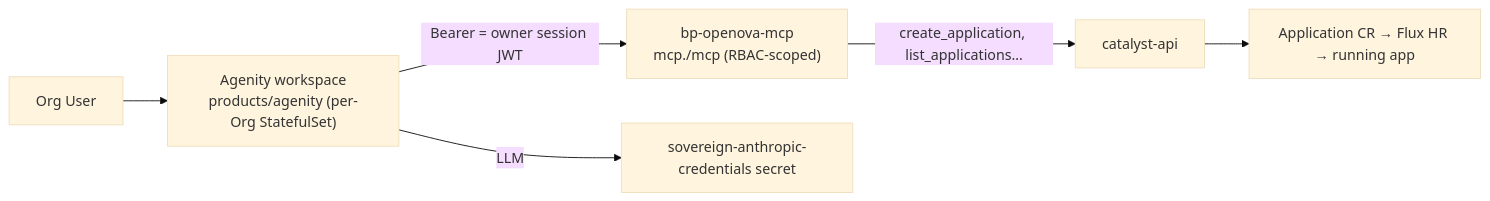
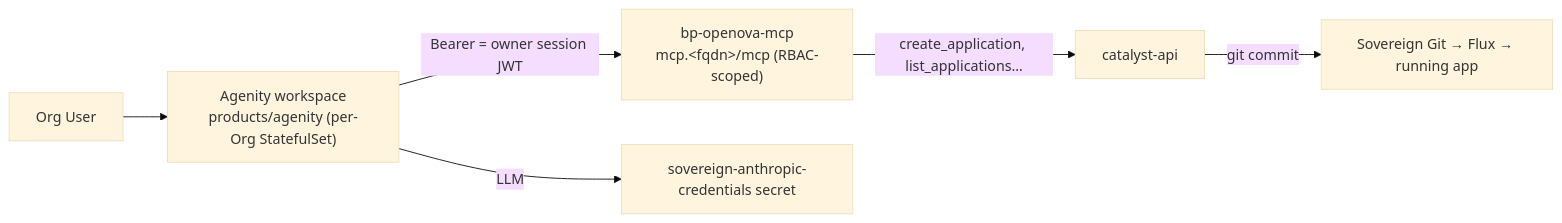
Before and after one commit to openova-io/openova: diagram 15 of 16 in docs/SYSTEM-DESIGN.md, drawn with Mermaid (base theme). The commit also changed other lines of this file, not shown here.

First line of the commit message:
docs(system-design): major rewrite — GitOps engine, streaming/CQRS, independence, bootstrap DAG

````diff
--- a/docs/SYSTEM-DESIGN.md
+++ b/docs/SYSTEM-DESIGN.md
@@ -354,8 +463,8 @@
 ```mermaid
 graph LR
   U["Org User"] --> AG["Agenity workspace<br/>products/agenity (per-Org StatefulSet)"]
-  AG -->|Bearer = owner session JWT| MCP["bp-openova-mcp<br/>mcp.<fqdn>/mcp (RBAC-scoped)"]
+  AG -->|Bearer = owner session JWT| MCP["bp-openova-mcp<br/>mcp.&lt;fqdn&gt;/mcp (RBAC-scoped)"]
   MCP -->|create_application, list_applications…| API["catalyst-api"]
-  API --> APPCR["Application CR → Flux HR → running app"]
+  API -->|git commit| GIT["Sovereign Git → Flux → running app"]
   AG -->|LLM| CRED["sovereign-anthropic-credentials secret"]
 ```
````
